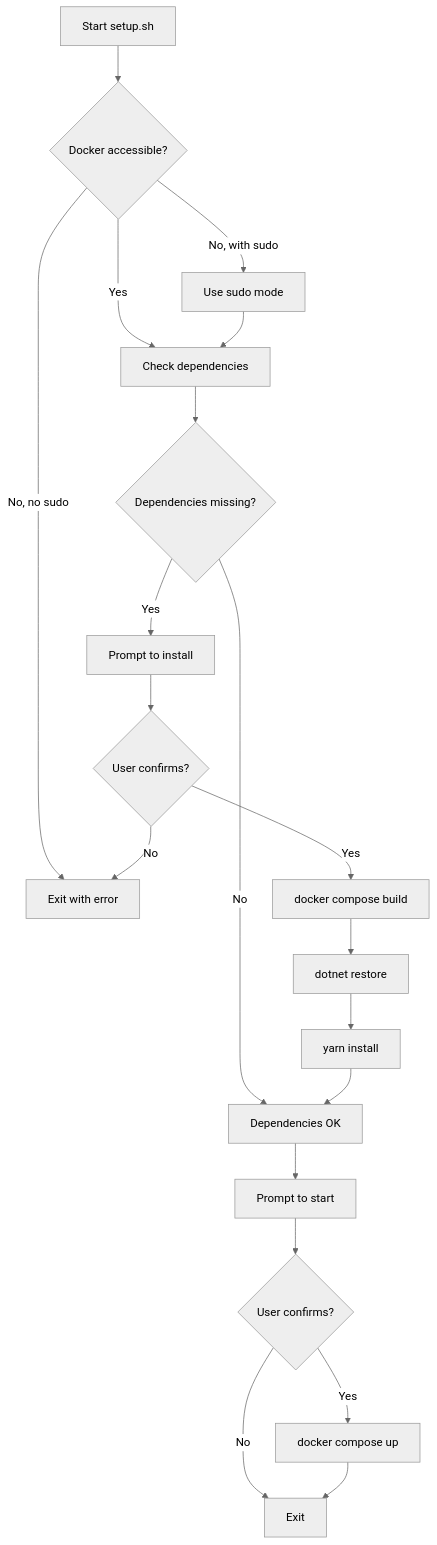
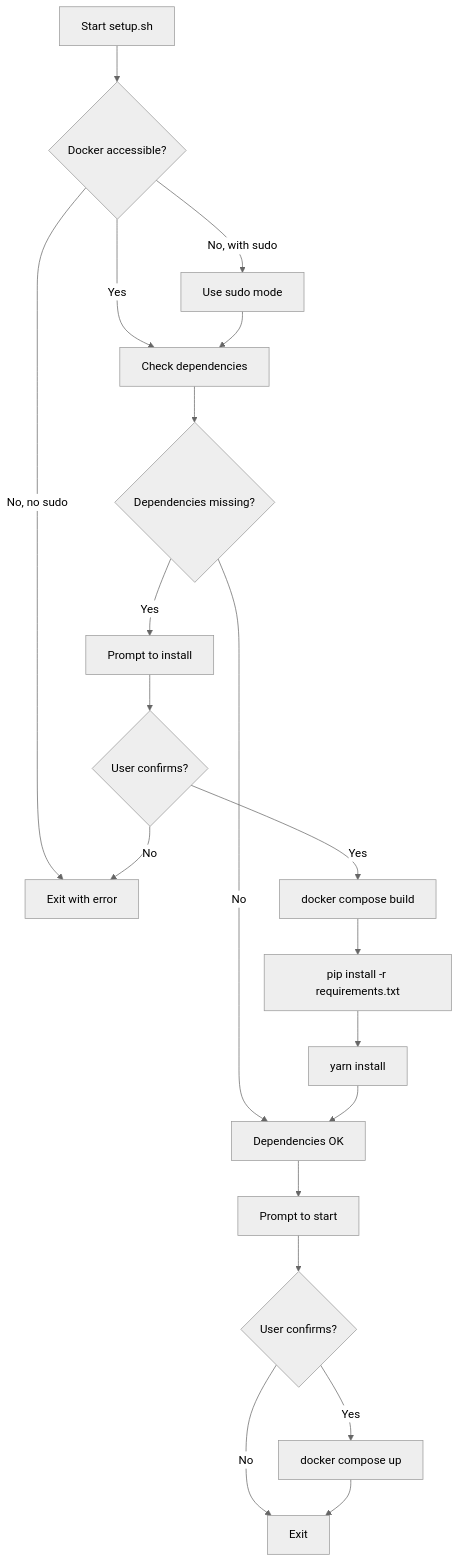
Before and after one commit to hoysengleang/Mimic-Mock-Api-Best: the diagram in README.md, drawn with Mermaid (neutral theme). The commit also changed other lines of this file and 26 other files, not shown here.

````diff
--- a/README.md
+++ b/README.md
@@ -587,22 +575,22 @@
 ```mermaid
 graph TD
     A[Start setup.sh] --> B{Docker accessible?}
     B -->|Yes| C[Check dependencies]
     B -->|No, with sudo| D[Use sudo mode]
     B -->|No, no sudo| E[Exit with error]
     D --> C
     C --> F{Dependencies missing?}
     F -->|Yes| G[Prompt to install]
     F -->|No| H[Dependencies OK]
     G --> I{User confirms?}
     I -->|Yes| J[docker compose build]
     I -->|No| E
-    J --> K[dotnet restore]
+    J --> K[pip install -r requirements.txt]
     K --> L[yarn install]
     L --> H
     H --> M[Prompt to start]
     M --> N{User confirms?}
     N -->|Yes| O[docker compose up]
     N -->|No| P[Exit]
     O --> P
 ```
````
